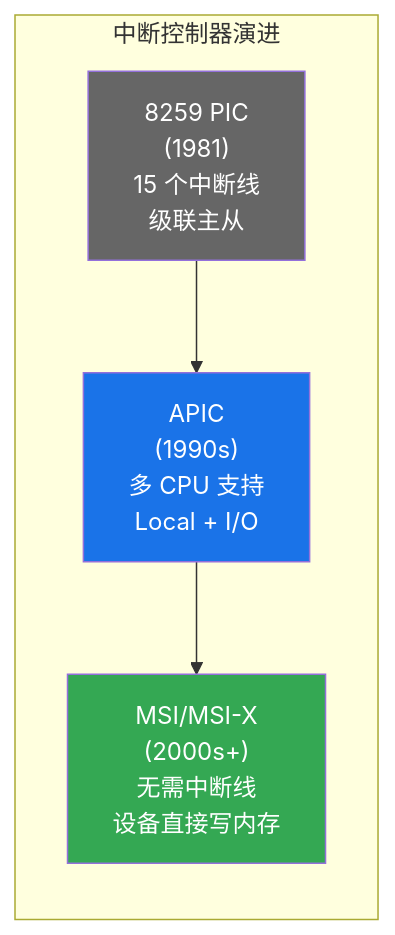
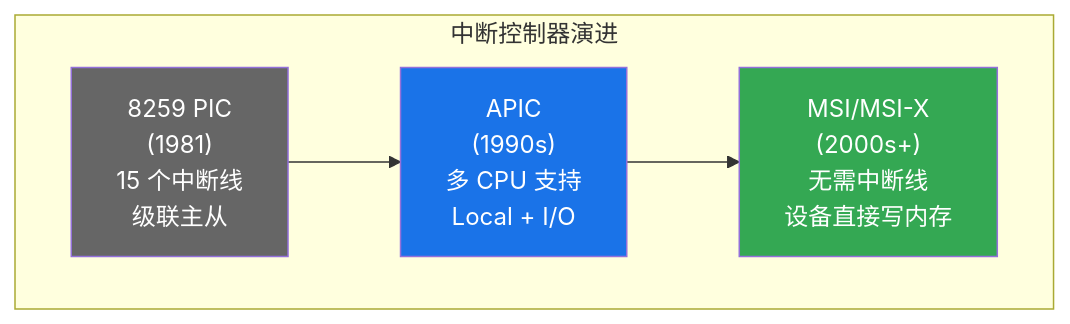
Before and after one commit to snowfrs/docs: the fourth of 11 diagrams in content/docs/Projects/OS_Learn/M2_Interrupts_Syscalls.mdx, drawn with Mermaid. The commit also changed other lines of this file and 13 other files, not shown here.

First line of the commit message:
feat(docs): optimize Mermaid diagrams and expand K8s learning content

````diff
--- a/content/docs/Projects/OS_Learn/M2_Interrupts_Syscalls.mdx
+++ b/content/docs/Projects/OS_Learn/M2_Interrupts_Syscalls.mdx
@@ -173,14 +173,14 @@
 ```mermaid
-flowchart LR
+flowchart TD
     subgraph evolution["中断控制器演进"]
         PIC["8259 PIC<br/>(1981)<br/>15 个中断线<br/>级联主从"]
         APIC["APIC<br/>(1990s)<br/>多 CPU 支持<br/>Local + I/O"]
         MSI["MSI/MSI-X<br/>(2000s+)<br/>无需中断线<br/>设备直接写内存"]
         
         PIC --> APIC --> MSI
     end
     
     style PIC fill:#666,color:#fff
     style APIC fill:#1a73e8,color:#fff
     style MSI fill:#34a853,color:#fff
 ```
````
